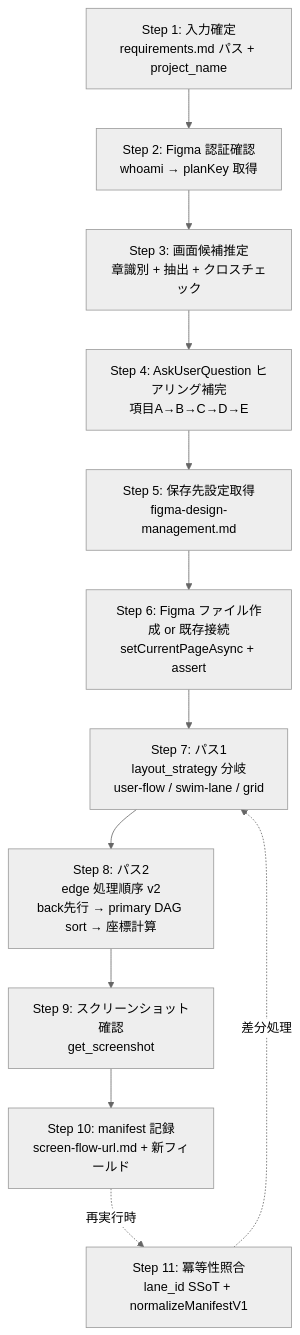
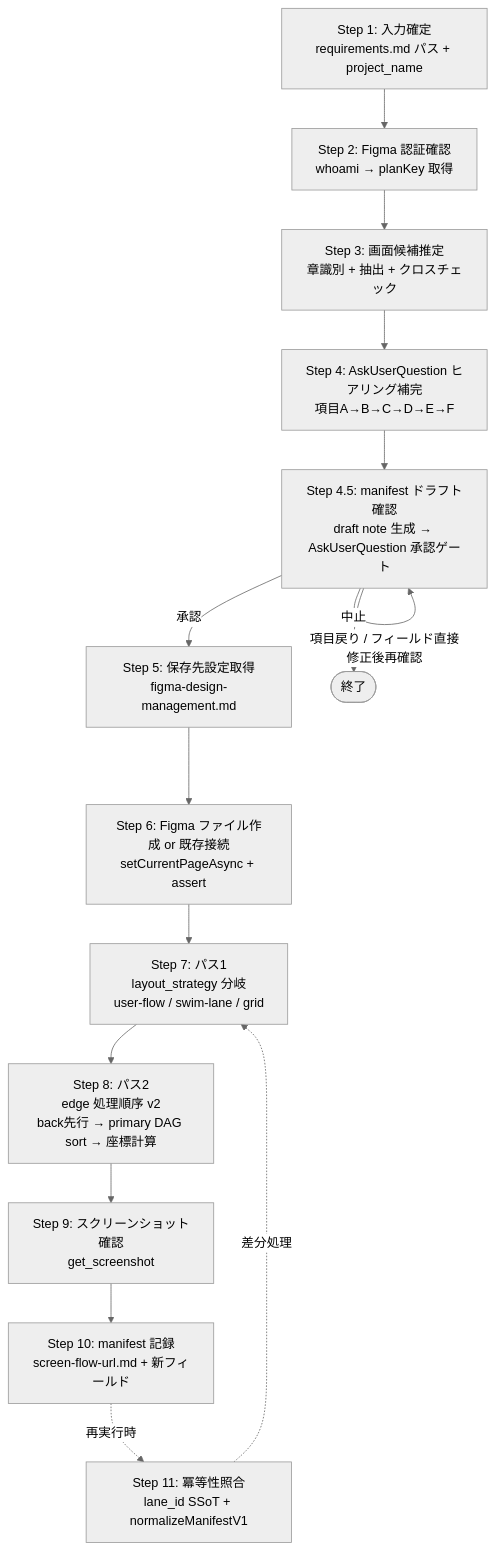
One commit to einja-inc/einja-management-template changed the diagram in .claude/skills/einja-project-screen-flow-figma/SKILL.md. Above: the diagram before and after it, drawn with Mermaid (neutral theme). The commit also changed other lines of this file and 2 other files, not shown here.

First line of the commit message:
feat: einja-project-screen-flow-figma に Step 4.5 ドラフト確認フェーズを追加

````diff
--- a/.claude/skills/einja-project-screen-flow-figma/SKILL.md
+++ b/.claude/skills/einja-project-screen-flow-figma/SKILL.md
@@ -38,14 +38,17 @@
 ```mermaid
 flowchart TB
   S1[Step 1: 入力確定<br/>requirements.md パス + project_name] --> S2[Step 2: Figma 認証確認<br/>whoami → planKey 取得]
   S2 --> S3[Step 3: 画面候補推定<br/>章識別 + 抽出 + クロスチェック]
-  S3 --> S4[Step 4: AskUserQuestion ヒアリング補完<br/>項目A→B→C→D→E]
-  S4 --> S5[Step 5: 保存先設定取得<br/>figma-design-management.md]
+  S3 --> S4[Step 4: AskUserQuestion ヒアリング補完<br/>項目A→B→C→D→E→F]
+  S4 --> S45[Step 4.5: manifest ドラフト確認<br/>draft note 生成 → AskUserQuestion 承認ゲート]
+  S45 -->|承認| S5[Step 5: 保存先設定取得<br/>figma-design-management.md]
+  S45 -->|項目戻り / フィールド直接修正後再確認| S45
+  S45 -->|中止| END([終了])
   S5 --> S6[Step 6: Figma ファイル作成 or 既存接続<br/>setCurrentPageAsync + assert]
   S6 --> S7[Step 7: パス1<br/>layout_strategy 分岐<br/>user-flow / swim-lane / grid]
   S7 --> S8[Step 8: パス2<br/>edge 処理順序 v2<br/>back先行 → primary DAG sort → 座標計算]
   S8 --> S9[Step 9: スクリーンショット確認<br/>get_screenshot]
   S9 --> S10[Step 10: manifest 記録<br/>screen-flow-url.md + 新フィールド]
   S10 -.再実行時.-> S11[Step 11: 冪等性照合<br/>lane_id SSoT + normalizeManifestV1]
   S11 -.差分処理.-> S7
 ```
````
